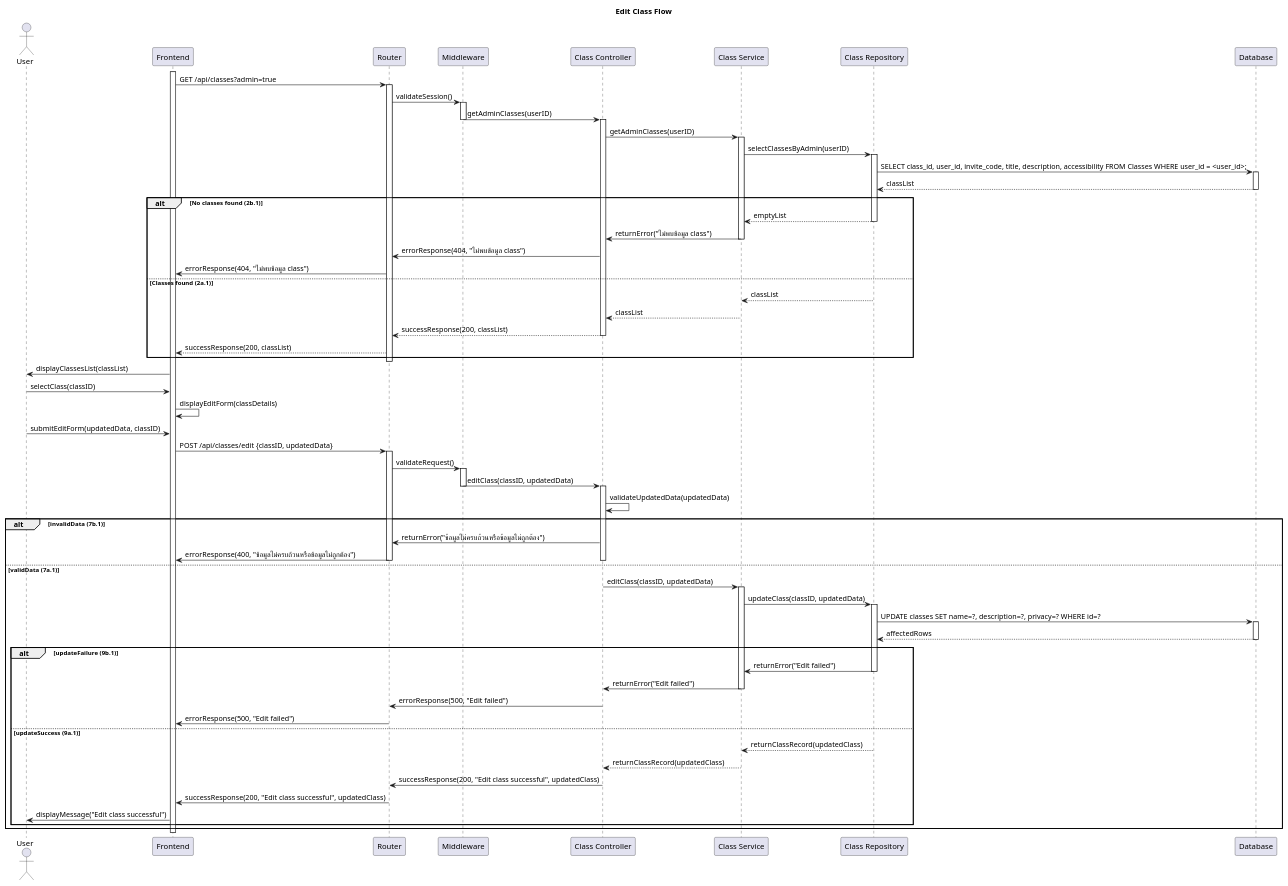
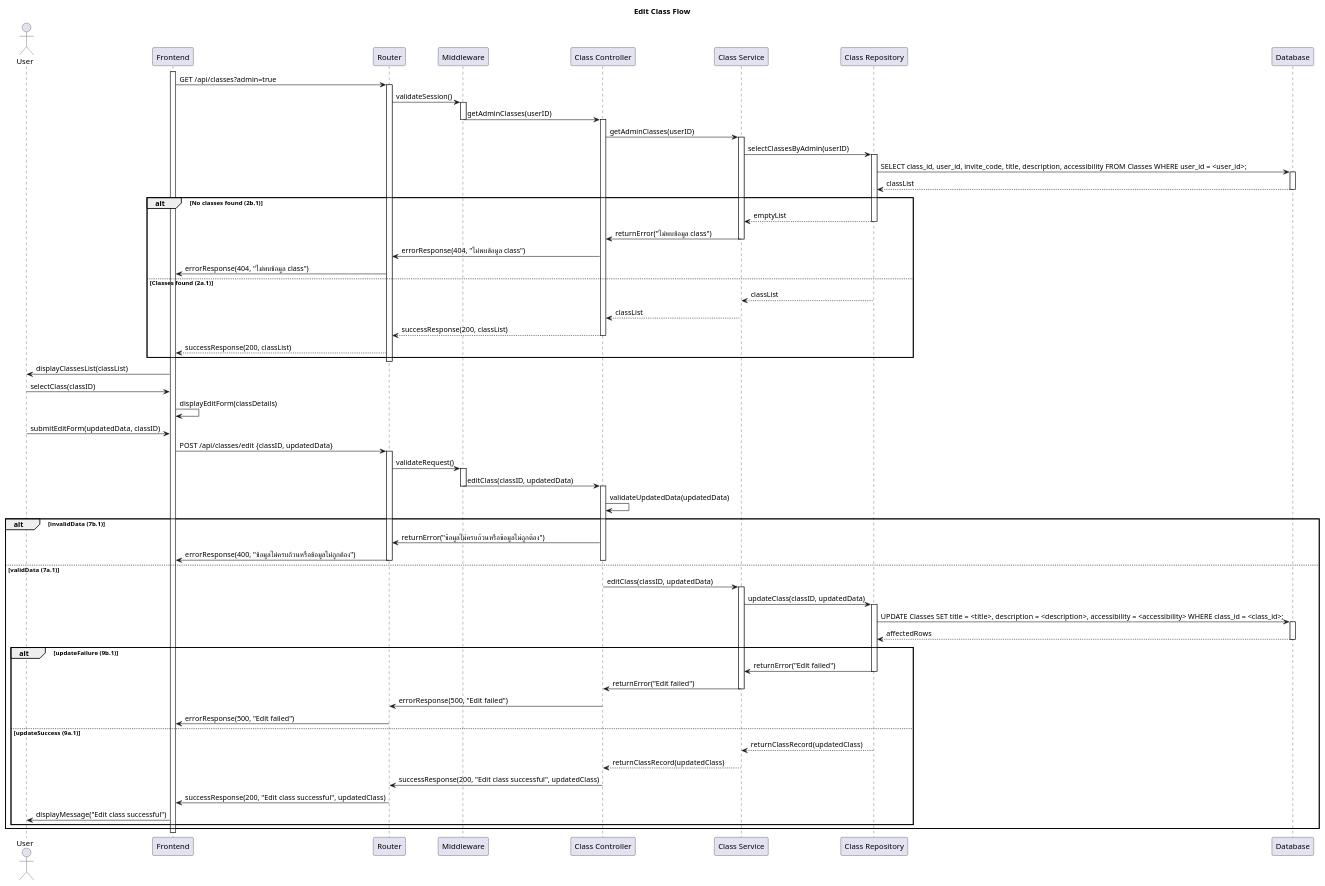
Before and after one commit to CS371-Project-Management/CS371-Sequence-Diagram: the diagram in SD11-Edit-Class.puml, drawn with PlantUML. The commit also changed 2 other files, not shown here.

```diff
--- a/SD11-Edit-Class.puml
+++ b/SD11-Edit-Class.puml
@@ -1,101 +1,101 @@
 @startuml
 title Edit Class Flow
 
 actor User
 participant "Frontend" as FE
 participant "Router" as Router
 participant "Middleware" as MW
 participant "Class Controller" as Controller
 participant "Class Service" as Service
 participant "Class Repository" as Repository
 participant "Database" as DB
 
 'Retrieve Admin Classes'
 activate FE
 FE -> Router: GET /api/classes?admin=true
 activate Router
 Router -> MW: validateSession()
 activate MW
 MW -> Controller: getAdminClasses(userID)
 deactivate MW
 activate Controller
 Controller -> Service: getAdminClasses(userID)
 activate Service
 Service -> Repository: selectClassesByAdmin(userID)
 activate Repository
 Repository -> DB: SELECT class_id, user_id, invite_code, title, description, accessibility FROM Classes WHERE user_id = <user_id>;
 activate DB
 DB --> Repository: classList
 deactivate DB
 alt No classes found (2b.1)
     Repository --> Service: emptyList
     deactivate Repository
     Service -> Controller: returnError("ไม่พบข้อมูล class")
     deactivate Service
     Controller -> Router: errorResponse(404, "ไม่พบข้อมูล class")
     Router -> FE: errorResponse(404, "ไม่พบข้อมูล class")
 else Classes found (2a.1)
     Repository --> Service: classList
     deactivate Repository
     Service --> Controller: classList
     deactivate Service
     Controller --> Router: successResponse(200, classList)
     deactivate Controller
     Router --> FE: successResponse(200, classList)
 end
 deactivate Router
 FE -> User: displayClassesList(classList)
 
 'Edit Class'
 User -> FE: selectClass(classID)
 FE -> FE: displayEditForm(classDetails)
 
 User -> FE: submitEditForm(updatedData, classID)
 FE -> Router: POST /api/classes/edit {classID, updatedData}
 activate Router
 Router -> MW: validateRequest()
 activate MW
 MW -> Controller: editClass(classID, updatedData)
 deactivate MW
 activate Controller
 Controller -> Controller: validateUpdatedData(updatedData)
 alt invalidData (7b.1)
     Controller -> Router: returnError("ข้อมูลไม่ครบถ้วนหรือข้อมูลไม่ถูกต้อง")
     Router -> FE: errorResponse(400, "ข้อมูลไม่ครบถ้วนหรือข้อมูลไม่ถูกต้อง")
     deactivate Controller
     deactivate Router
 else validData (7a.1)
     Controller -> Service: editClass(classID, updatedData)
     activate Service
     Service -> Repository: updateClass(classID, updatedData)
     activate Repository
-    Repository -> DB: UPDATE classes SET name=?, description=?, privacy=? WHERE id=?
+    Repository -> DB: UPDATE Classes SET title = <title>, description = <description>, accessibility = <accessibility> WHERE class_id = <class_id>;
     activate DB
     DB --> Repository: affectedRows
     deactivate DB
     alt updateFailure (9b.1)
         Repository -> Service: returnError("Edit failed")
         deactivate Repository
         Service -> Controller: returnError("Edit failed")
         deactivate Service
         Controller -> Router: errorResponse(500, "Edit failed")
         Router -> FE: errorResponse(500, "Edit failed")
         deactivate Controller
         deactivate MW
         deactivate Router
     else updateSuccess (9a.1)
         Repository --> Service: returnClassRecord(updatedClass)
         deactivate Repository
         Service --> Controller: returnClassRecord(updatedClass)
         deactivate Service
         Controller -> Router: successResponse(200, "Edit class successful", updatedClass)
         Router -> FE: successResponse(200, "Edit class successful", updatedClass)
         FE -> User: displayMessage("Edit class successful")
         deactivate Controller
         deactivate MW
         deactivate Router
     end
 end
 deactivate FE
 
 @enduml
```
